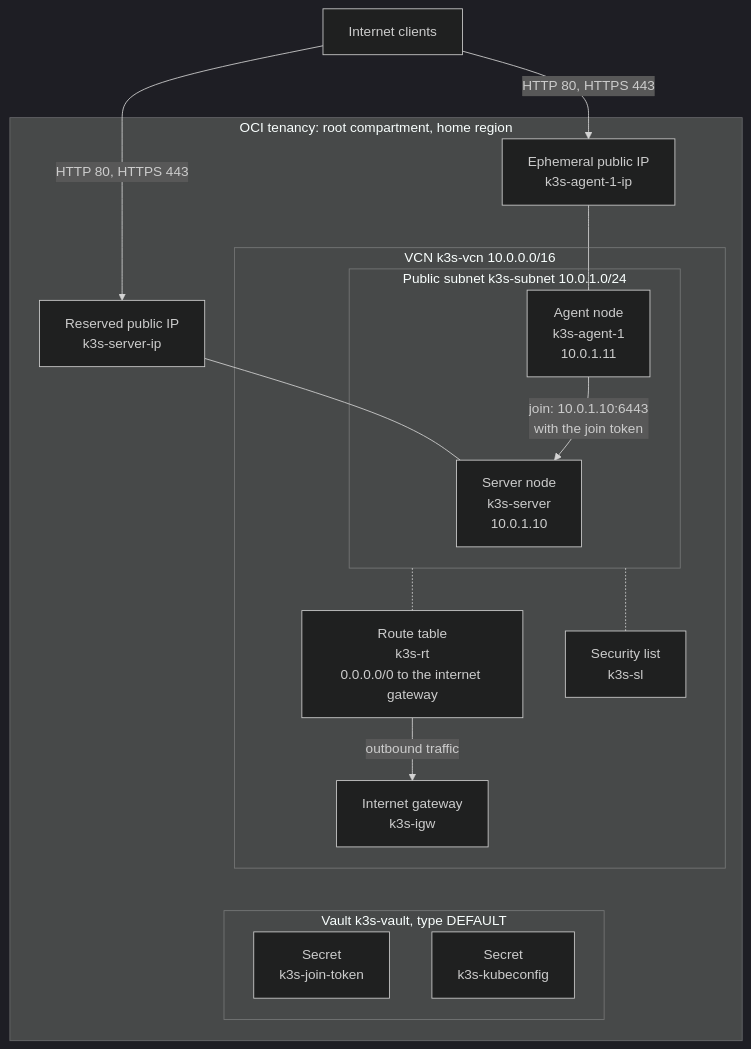
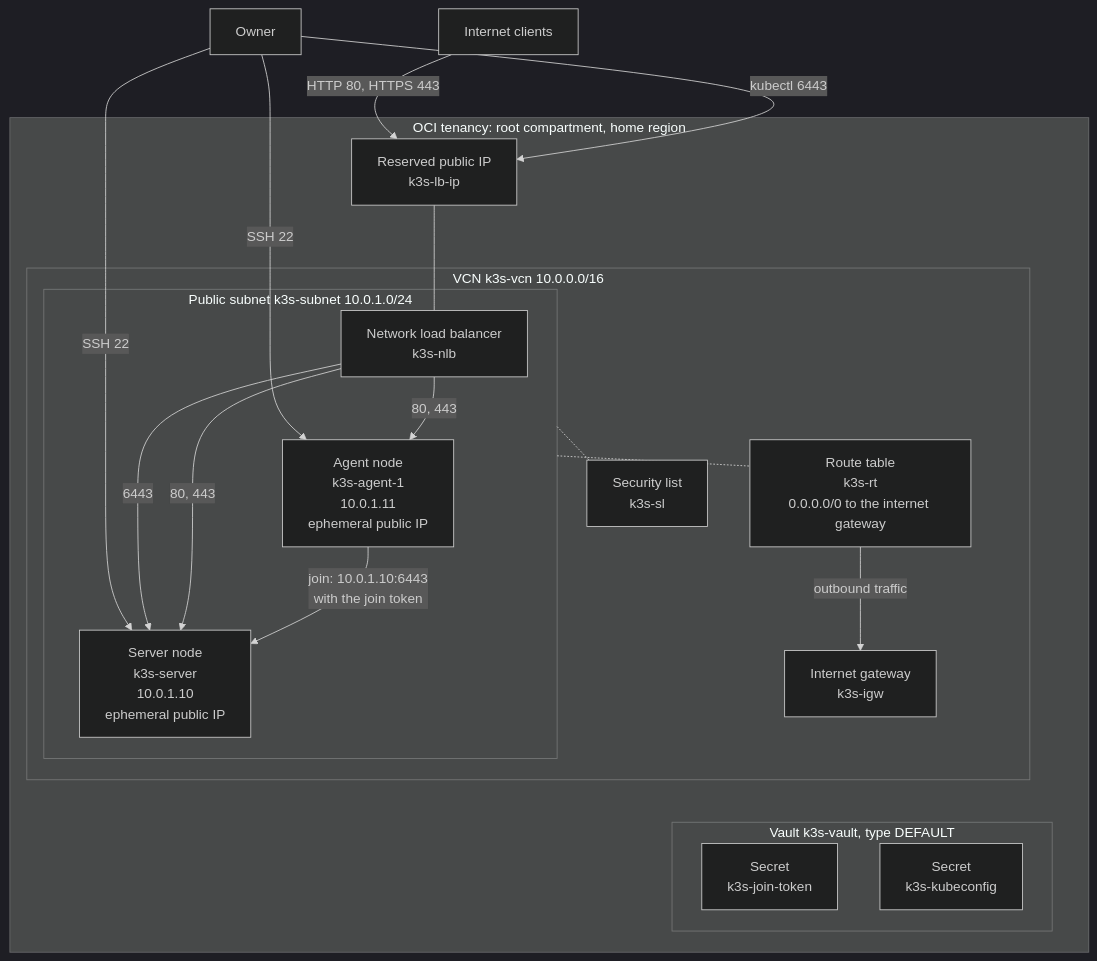
One commit to DeV1L/oracle-cloud-k3s changed the first of 2 diagrams in docs/ARCHITECTURE.md. Above: the diagram before and after it, drawn with Mermaid (dark theme). The commit also changed other lines of this file and 12 other files, not shown here.

Commit message:
Add network load balancer

````diff
--- a/docs/ARCHITECTURE.md
+++ b/docs/ARCHITECTURE.md
@@ -9,36 +9,39 @@
 ```mermaid
 ---
 config:
   layout: dagre
 ---
 flowchart TB
     clients["Internet clients"]
+    owner["Owner"]
 
     subgraph oci["OCI tenancy: root compartment, home region"]
+        lbip["Reserved public IP<br/>k3s-lb-ip"]
         subgraph vcn["VCN k3s-vcn 10.0.0.0/16"]
             igw["Internet gateway<br/>k3s-igw"]
             rt["Route table<br/>k3s-rt<br/>0.0.0.0/0 to the internet gateway"]
             sl["Security list<br/>k3s-sl"]
             subgraph subnet["Public subnet k3s-subnet 10.0.1.0/24"]
-                server["Server node<br/>k3s-server<br/>10.0.1.10<br/>"]
-                agent["Agent node<br/>k3s-agent-1<br/>10.0.1.11<br/>"]
+                nlb["Network load balancer<br/>k3s-nlb"]
+                server["Server node<br/>k3s-server<br/>10.0.1.10<br/>ephemeral public IP"]
+                agent["Agent node<br/>k3s-agent-1<br/>10.0.1.11<br/>ephemeral public IP"]
             end
         end
-        rip["Reserved public IP<br/>k3s-server-ip"]
-        eip["Ephemeral public IP<br/>k3s-agent-1-ip"]
         subgraph vault["Vault k3s-vault, type DEFAULT"]
             tokensecret["Secret<br/>k3s-join-token"]
             kcsecret["Secret<br/>k3s-kubeconfig"]
         end
     end
 
-    clients -- "HTTP 80, HTTPS 443" --> rip
-    clients -- "HTTP 80, HTTPS 443" --> eip
-    rip --- server
-    eip --- agent
+    clients -- "HTTP 80, HTTPS 443" --> lbip
+    owner -- "kubectl 6443" --> lbip
+    owner -- "SSH 22" --> server & agent
+    lbip --- nlb
+    nlb -- "6443" --> server
+    nlb -- "80, 443" --> server & agent
     agent -- "join: 10.0.1.10:6443<br/>with the join token" --> server
     subnet -.- rt
     subnet -.- sl
     rt -- "outbound traffic" --> igw
     igw ~~~ tokensecret & kcsecret
 ```
````
